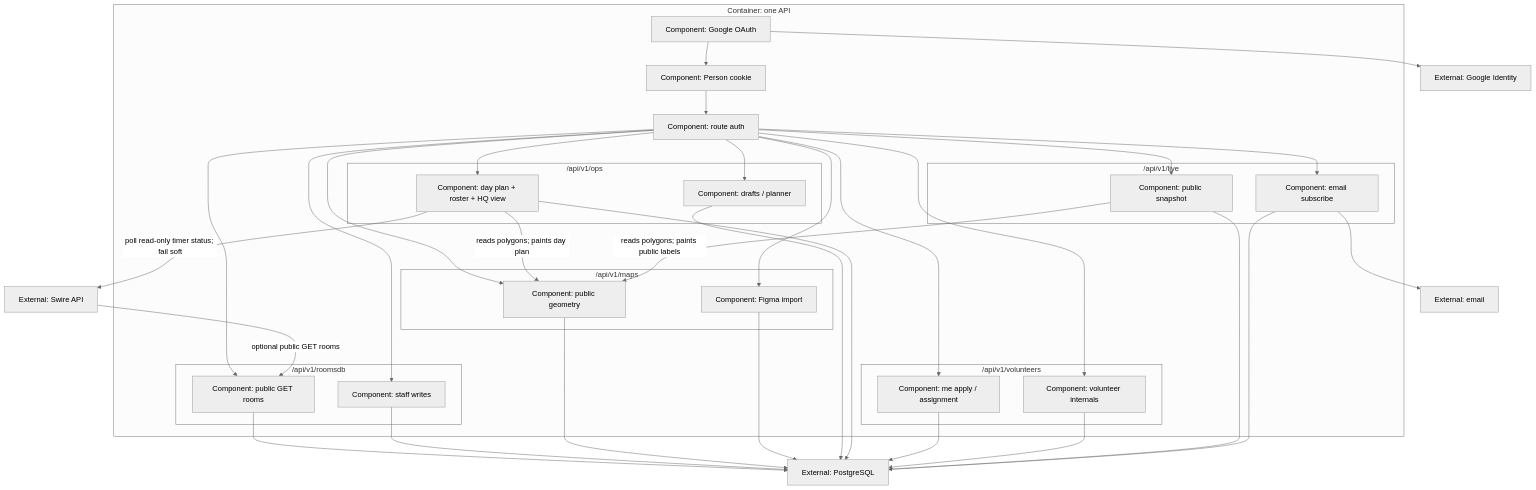
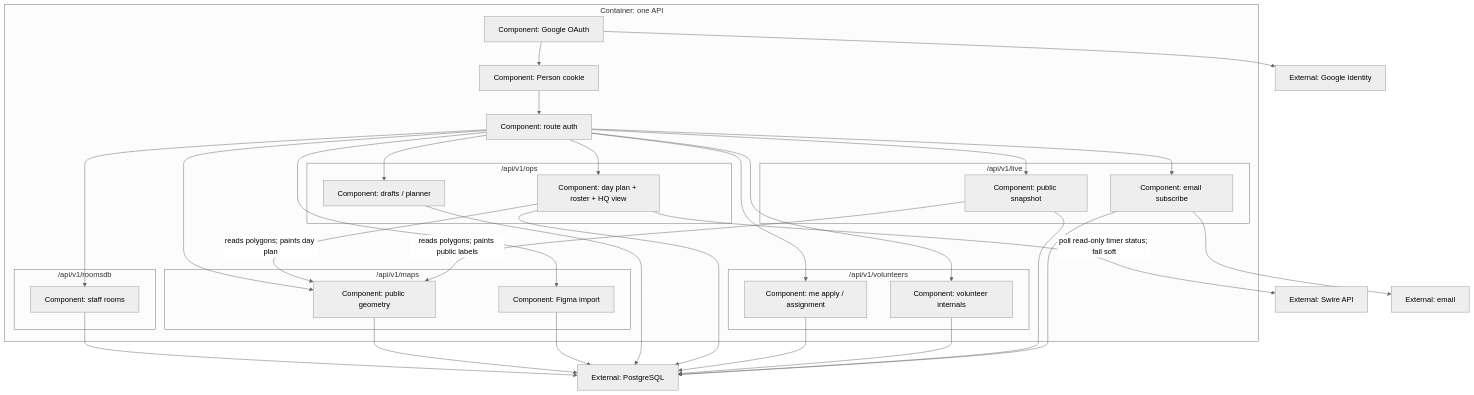
One commit to tri2k/room-allocations-demo changed the first of 2 diagrams in specs/2026-08-24-api-c3.md. Above: the diagram before and after it, drawn with Mermaid. The commit also changed other lines of this file and 4 other files, not shown here.

````diff
--- a/specs/2026-08-24-api-c3.md
+++ b/specs/2026-08-24-api-c3.md
@@ -11,61 +11,57 @@
 ```mermaid
 %%{init: {"theme": "neutral"}}%%
 flowchart TB
   subgraph api [Container: one API]
     googleAuth["Component: Google OAuth"]
     personSess["Component: Person cookie"]
     gate["Component: route auth"]
     subgraph roomsdbFolder ["/api/v1/roomsdb"]
-      roomsdbPublic["Component: public GET rooms"]
-      roomsdbStaff["Component: staff writes"]
+      roomsdbStaff["Component: staff rooms"]
     end
     subgraph mapsFolder ["/api/v1/maps"]
       mapsPublic["Component: public geometry"]
       mapsStaff["Component: Figma import"]
     end
     subgraph opsFolder ["/api/v1/ops"]
       opsDrafts["Component: drafts / planner"]
       opsDay["Component: day plan + roster + HQ view"]
     end
     subgraph volFolder ["/api/v1/volunteers"]
       volMe["Component: me apply / assignment"]
       volInternal["Component: volunteer internals"]
     end
     subgraph liveFolder ["/api/v1/live"]
       liveSnap["Component: public snapshot"]
       liveSub["Component: email subscribe"]
     end
   end
   swire["External: Swire API"]
   google["External: Google Identity"]
   postgres["External: PostgreSQL"]
   mail["External: email"]
   googleAuth --> google
   googleAuth --> personSess
   personSess --> gate
-  gate --> roomsdbPublic
   gate --> roomsdbStaff
   gate --> mapsPublic
   gate --> mapsStaff
   gate --> opsDrafts
   gate --> opsDay
   gate --> volMe
   gate --> volInternal
   gate --> liveSnap
   gate --> liveSub
   opsDay -->|"reads polygons; paints day plan"| mapsPublic
   liveSnap -->|"reads polygons; paints public labels"| mapsPublic
   opsDay -->|"poll read-only timer status; fail soft"| swire
-  swire -->|"optional public GET rooms"| roomsdbPublic
-  roomsdbPublic --> postgres
   roomsdbStaff --> postgres
   mapsPublic --> postgres
   mapsStaff --> postgres
   opsDrafts --> postgres
   opsDay --> postgres
   volMe --> postgres
   volInternal --> postgres
   liveSnap --> postgres
   liveSub --> postgres
   liveSub --> mail
 ```
````
